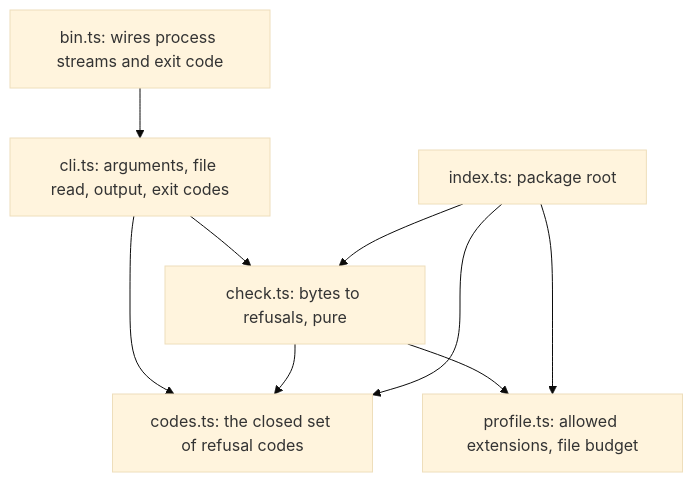
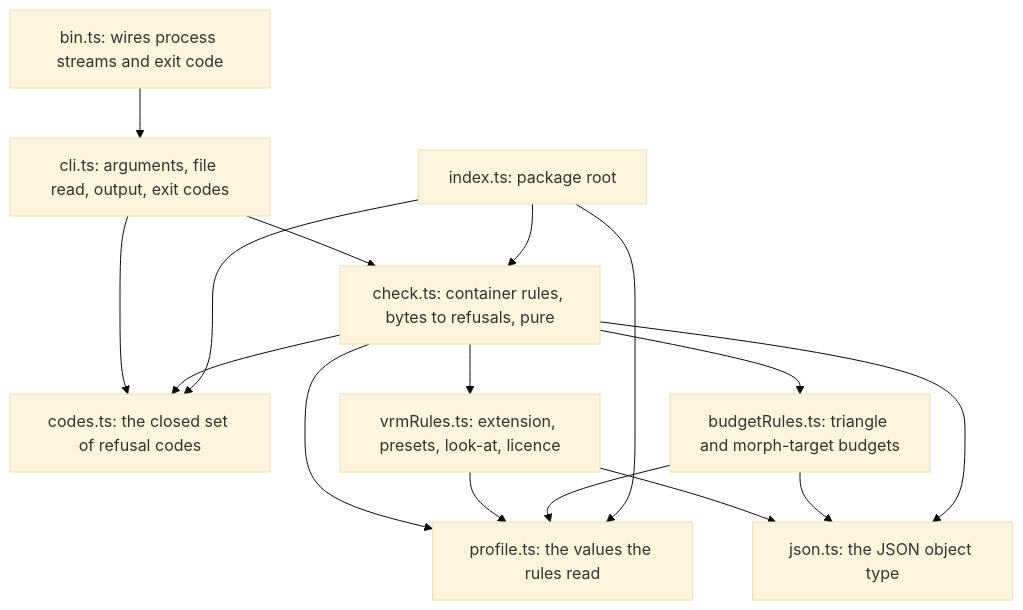
One commit to overnightworks/figure changed the second of 3 diagrams in docs/ARCHITECTURE.md. Above: the diagram before and after it, drawn with Mermaid (base theme). The commit also changed other lines of this file and 16 other files, not shown here.

````diff
--- a/docs/ARCHITECTURE.md
+++ b/docs/ARCHITECTURE.md
@@ -23,13 +23,21 @@
 ```mermaid
 flowchart TD
     bin["bin.ts: wires process streams and exit code"] --> cli
     cli["cli.ts: arguments, file read, output, exit codes"] --> check
     cli --> codes
-    check["check.ts: bytes to refusals, pure"] --> codes
+    check["check.ts: container rules, bytes to refusals, pure"] --> codes
     check --> profile
-    profile["profile.ts: allowed extensions, file budget"]
+    check --> vrmRules
+    check --> budgetRules
+    vrmRules["vrmRules.ts: extension, presets, look-at, licence"] --> profile
+    budgetRules["budgetRules.ts: triangle and morph-target budgets"] --> profile
+    vrmRules --> json
+    budgetRules --> json
+    check --> json
+    json["json.ts: the JSON object type"]
+    profile["profile.ts: the values the rules read"]
     codes["codes.ts: the closed set of refusal codes"]
     index["index.ts: package root"] --> check
     index --> profile
     index --> codes
 ```
````
